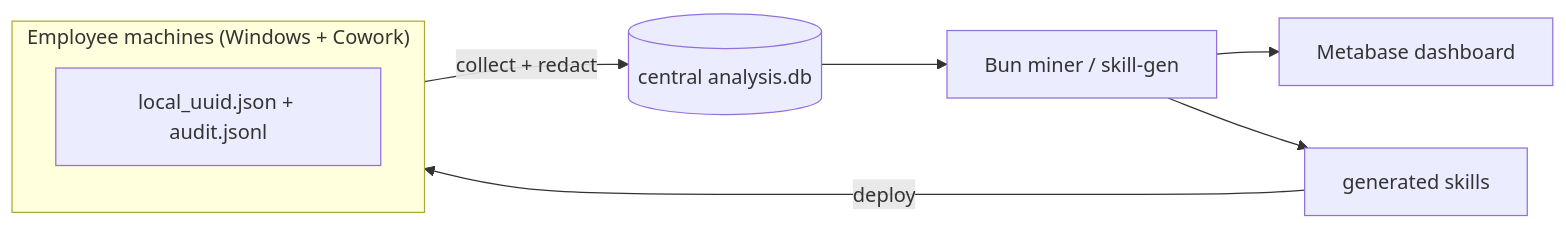
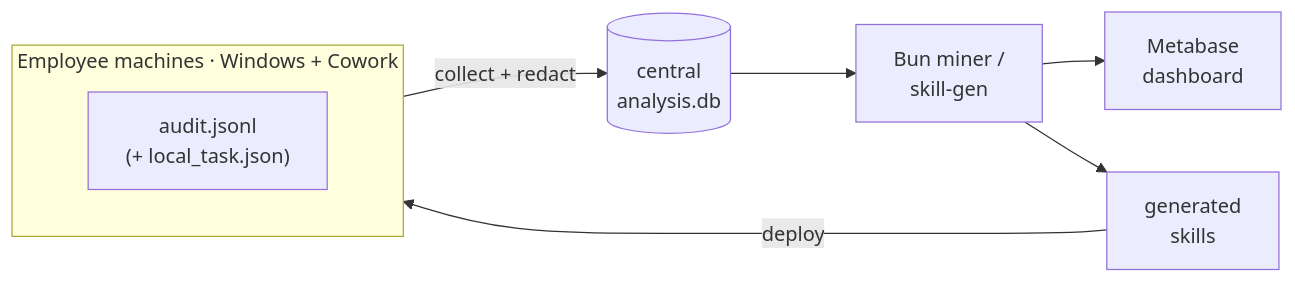
One commit to sines05/cowork-skill-gen changed the fourth of 4 diagrams in README.md. Above: the diagram before and after it, drawn with Mermaid. The commit also changed other lines of this file, not shown here.

First line of the commit message:
docs: clean up README diagrams (concise, consistent, accurate)

````diff
--- a/README.md
+++ b/README.md
@@ -145,11 +144,11 @@
 ```mermaid
 flowchart LR
-    subgraph fleet["Employee machines (Windows + Cowork)"]
-      j["local_uuid.json + audit.jsonl"]
+    subgraph fleet["Employee machines · Windows + Cowork"]
+      j["audit.jsonl<br/>(+ local_task.json)"]
     end
-    fleet -->|collect + redact| db[("central analysis.db")]
-    db --> miner["Bun miner / skill-gen"]
-    miner --> mb["Metabase dashboard"]
-    miner --> sk["generated skills"]
+    fleet -->|collect + redact| db[("central<br/>analysis.db")]
+    db --> miner["Bun miner /<br/>skill-gen"]
+    miner --> mb["Metabase<br/>dashboard"]
+    miner --> sk["generated<br/>skills"]
     sk -->|deploy| fleet
 ```
````
